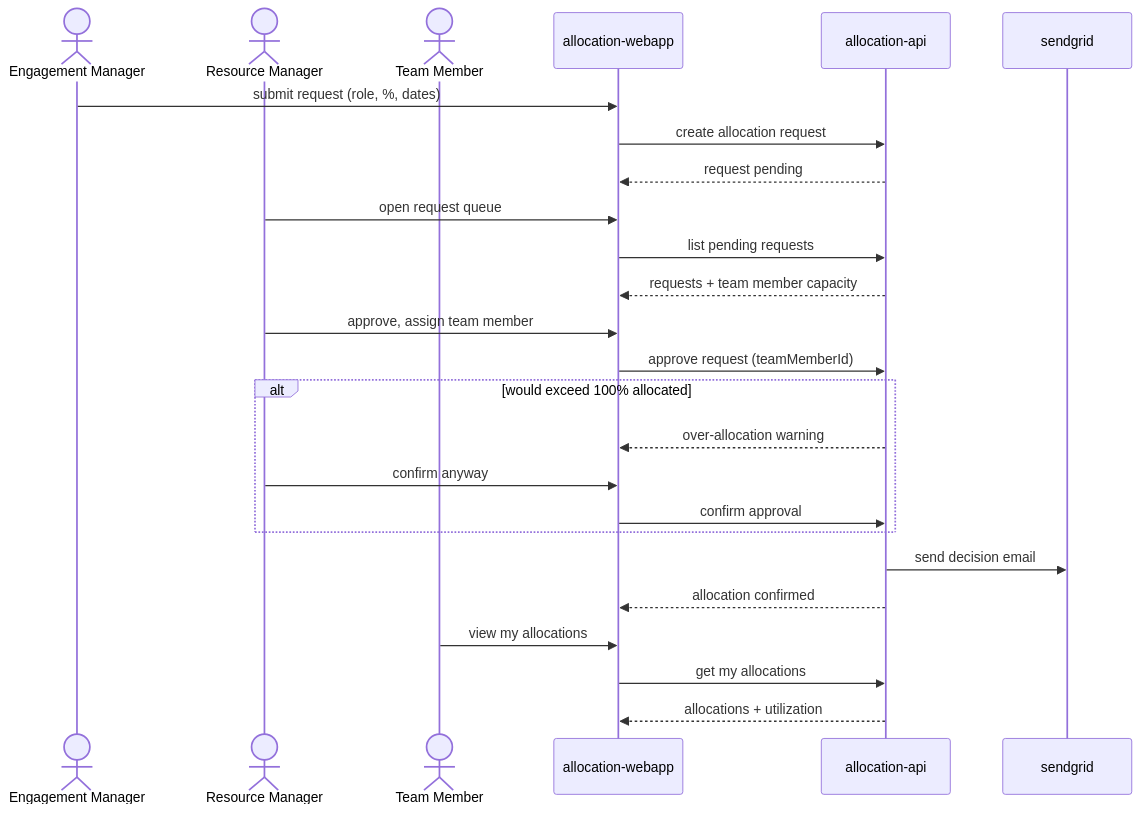
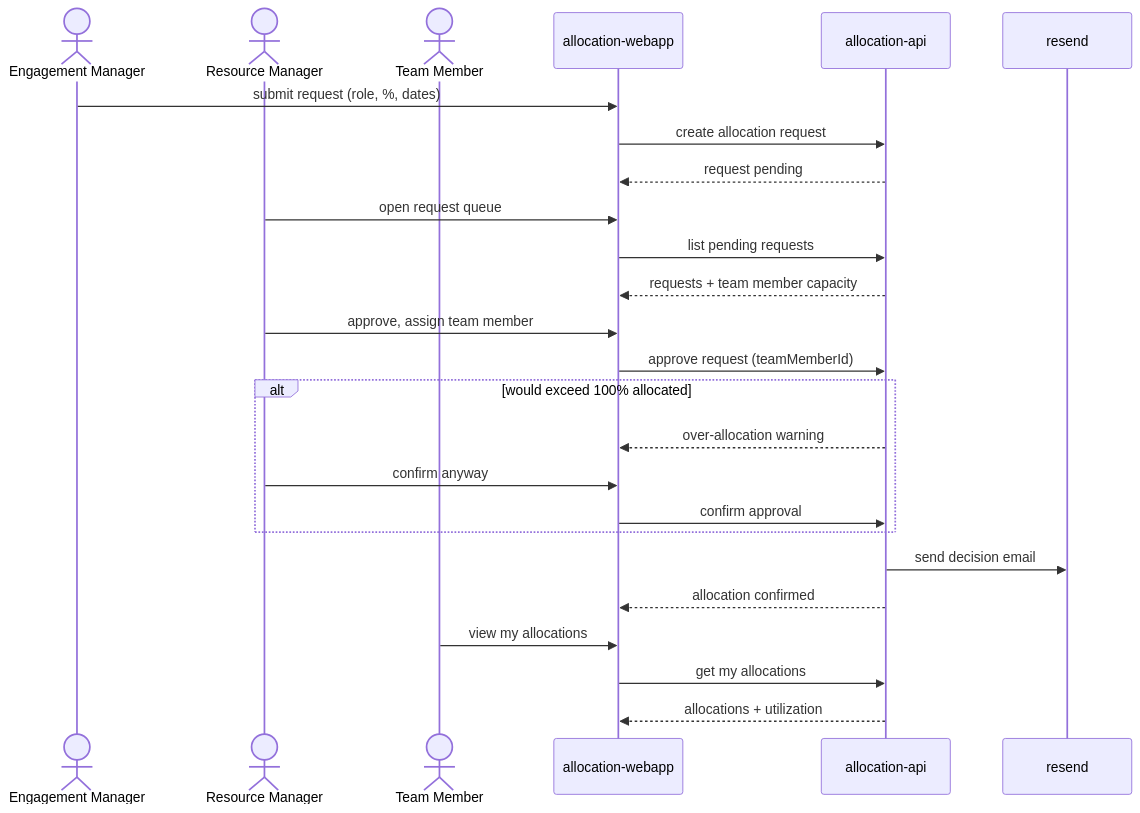
One commit to ae-demo/testdsxc1 changed the diagram in specs/design/flows/allocation-request-approval.md. Above: the diagram before and after it, drawn with Mermaid. The commit also changed 5 other files, not shown here.

````diff
--- a/specs/design/flows/allocation-request-approval.md
+++ b/specs/design/flows/allocation-request-approval.md
@@ -5,31 +5,31 @@
 ```mermaid
 sequenceDiagram
     actor EngMgr as Engagement Manager
     actor ResMgr as Resource Manager
     actor TeamMember as Team Member
     participant allocation-webapp
     participant allocation-api
-    participant sendgrid
+    participant resend
 
     EngMgr->>allocation-webapp: submit request (role, %, dates)
     allocation-webapp->>allocation-api: create allocation request
     allocation-api-->>allocation-webapp: request pending
 
     ResMgr->>allocation-webapp: open request queue
     allocation-webapp->>allocation-api: list pending requests
     allocation-api-->>allocation-webapp: requests + team member capacity
 
     ResMgr->>allocation-webapp: approve, assign team member
     allocation-webapp->>allocation-api: approve request (teamMemberId)
     alt would exceed 100% allocated
         allocation-api-->>allocation-webapp: over-allocation warning
         ResMgr->>allocation-webapp: confirm anyway
         allocation-webapp->>allocation-api: confirm approval
     end
-    allocation-api->>sendgrid: send decision email
+    allocation-api->>resend: send decision email
     allocation-api-->>allocation-webapp: allocation confirmed
 
     TeamMember->>allocation-webapp: view my allocations
     allocation-webapp->>allocation-api: get my allocations
     allocation-api-->>allocation-webapp: allocations + utilization
 ```
````
